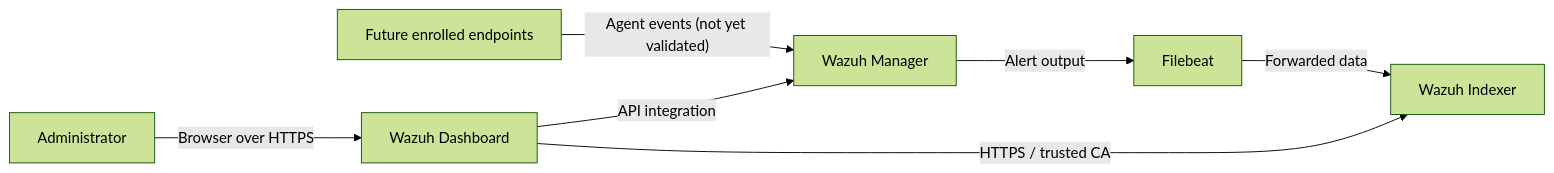
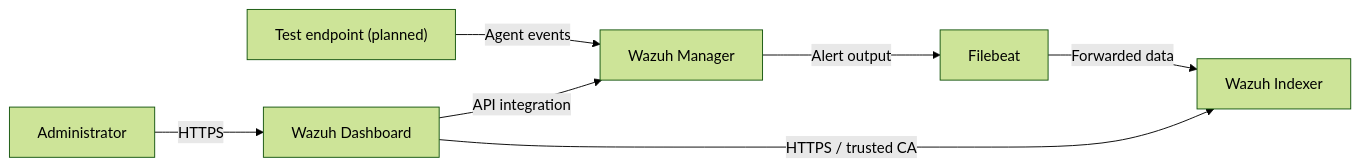
Before and after one commit to Newb333/Wazuh-SIEM-deployment: the diagram in docs/architecture.md, drawn with Mermaid (forest theme). The commit also changed other lines of this file, not shown here.

Commit message:
Rewrite docs/architecture.md in my project notes style

````diff
--- a/docs/architecture.md
+++ b/docs/architecture.md
@@ -20,9 +18,9 @@
 ```mermaid
 flowchart LR
-    E["Future enrolled endpoints"] -->|"Agent events (not yet validated)"| M["Wazuh Manager"]
+    E["Test endpoint (planned)"] -->|"Agent events"| M["Wazuh Manager"]
     M -->|"Alert output"| F["Filebeat"]
     F -->|"Forwarded data"| I["Wazuh Indexer"]
     D["Wazuh Dashboard"] -->|"HTTPS / trusted CA"| I
     D -->|"API integration"| M
-    A["Administrator"] -->|"Browser over HTTPS"| D
+    A["Administrator"] -->|"HTTPS"| D
 ```
````
